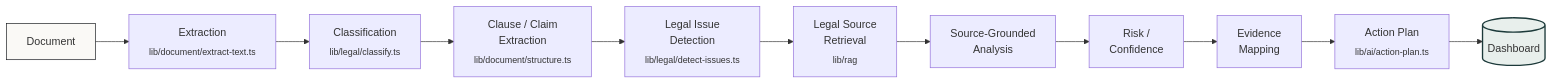
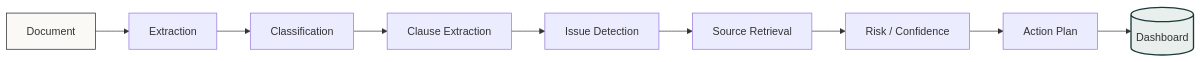
The second of 12 diagrams in README.md (KodeMeister-YT/CivicShield), drawn with Mermaid before and after one commit. The commit also changed other lines of this file, not shown here.

Commit message:
docs: trim README prose, keep all diagrams and data

````diff
--- a/README.md
+++ b/README.md
@@ -77,16 +37,9 @@
 ```mermaid
 flowchart LR
-    D[Document] --> EX[Extraction<br/><sub>lib/document/extract-text.ts</sub>]
-    EX --> CL[Classification<br/><sub>lib/legal/classify.ts</sub>]
-    CL --> CE[Clause / Claim<br/>Extraction<br/><sub>lib/document/structure.ts</sub>]
-    CE --> ID[Legal Issue<br/>Detection<br/><sub>lib/legal/detect-issues.ts</sub>]
-    ID --> SR[Legal Source<br/>Retrieval<br/><sub>lib/rag</sub>]
-    SR --> SG[Source-Grounded<br/>Analysis]
-    SG --> RC[Risk /<br/>Confidence]
-    RC --> EM[Evidence<br/>Mapping]
-    EM --> AP[Action Plan<br/><sub>lib/ai/action-plan.ts</sub>]
-    AP --> DB[(Dashboard)]
+    D[Document] --> EX[Extraction] --> CL[Classification] --> CE[Clause Extraction]
+    CE --> ID[Issue Detection] --> SR[Source Retrieval] --> RC[Risk / Confidence]
+    RC --> AP[Action Plan] --> DB[(Dashboard)]
 
     style D fill:#faf9f6,stroke:#16181d
     style DB fill:#e8efec,stroke:#1c3a3a,stroke-width:2px
 ```
````
